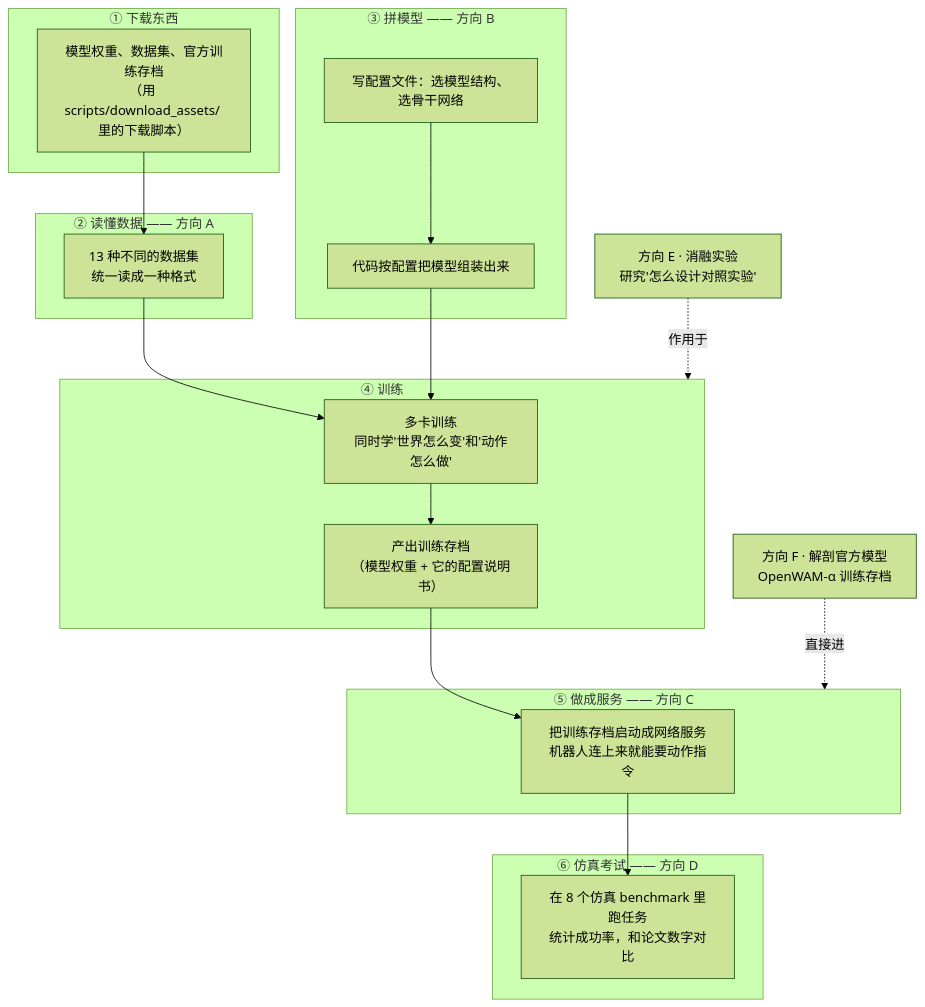
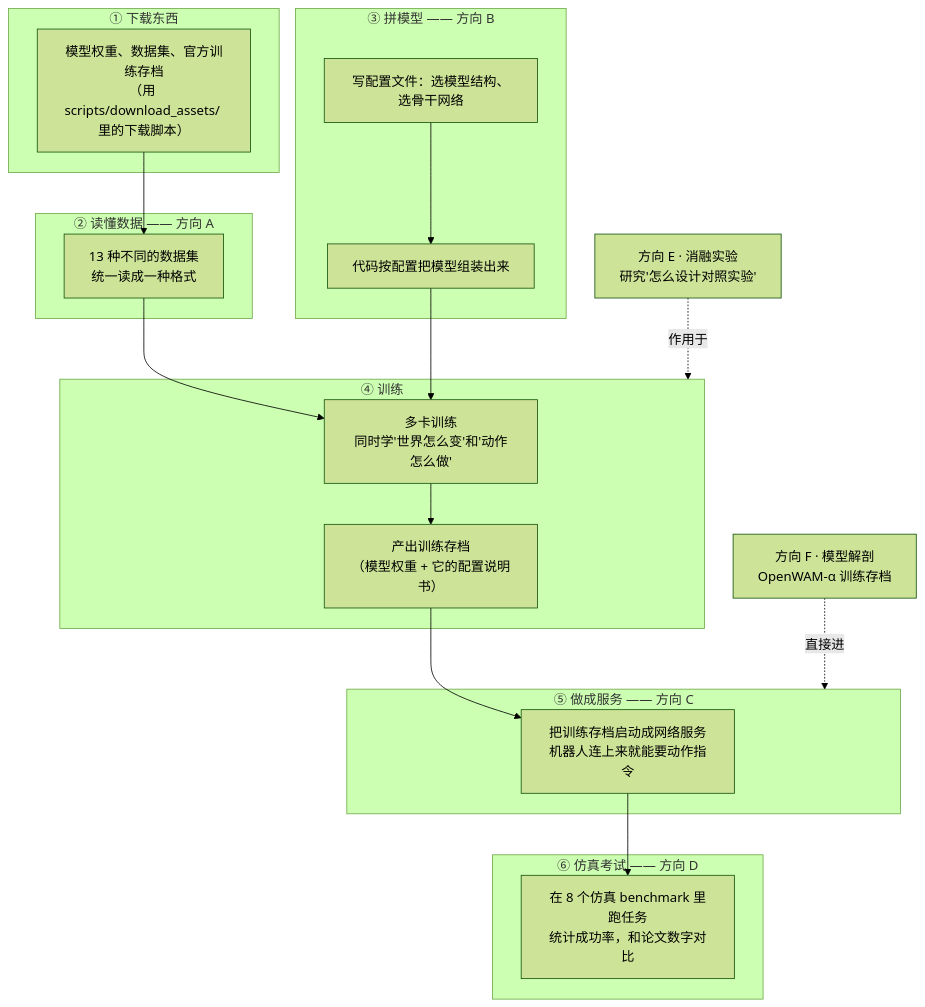
The diagram in OpenWAM任务书/README.md (sasasatori/kaiyuan), drawn with Mermaid (forest theme) before and after one commit. The commit also changed other lines of this file and 7 other files, not shown here.

Commit message:
docs: state final goals and phased roadmap upfront (home page + each direction page)

````diff
--- a/OpenWAM任务书/README.md
+++ b/OpenWAM任务书/README.md
@@ -24,30 +46,30 @@
 ```mermaid
 flowchart TD
     subgraph S1["① 下载东西"]
         DL["模型权重、数据集、官方训练存档<br/>（用 scripts/download_assets/ 里的下载脚本）"]
     end
     subgraph S2["② 读懂数据 —— 方向 A"]
         DS["13 种不同的数据集<br/>统一读成一种格式"]
     end
     subgraph S3["③ 拼模型 —— 方向 B"]
         CFG["写配置文件：选模型结构、选骨干网络"]
         REG["代码按配置把模型组装出来"]
         CFG --> REG
     end
     subgraph S4["④ 训练"]
         TR["多卡训练<br/>同时学'世界怎么变'和'动作怎么做'"]
         CKPT["产出训练存档<br/>（模型权重 + 它的配置说明书）"]
         TR --> CKPT
     end
     subgraph S5["⑤ 做成服务 —— 方向 C"]
         SRV["把训练存档启动成网络服务<br/>机器人连上来就能要动作指令"]
     end
     subgraph S6["⑥ 仿真考试 —— 方向 D"]
         EV["在 8 个仿真 benchmark 里跑任务<br/>统计成功率，和论文数字对比"]
     end
     DL --> DS --> TR
     REG --> TR
     CKPT --> SRV --> EV
     SE["方向 E · 消融实验<br/>研究'怎么设计对照实验'"] -. 作用于 .-> S4
-    AL["方向 F · 解剖官方模型<br/>OpenWAM-α 训练存档"] -. 直接进 .-> S5
+    AL["方向 F · 模型解剖<br/>OpenWAM-α 训练存档"] -. 直接进 .-> S5
 ```
````
